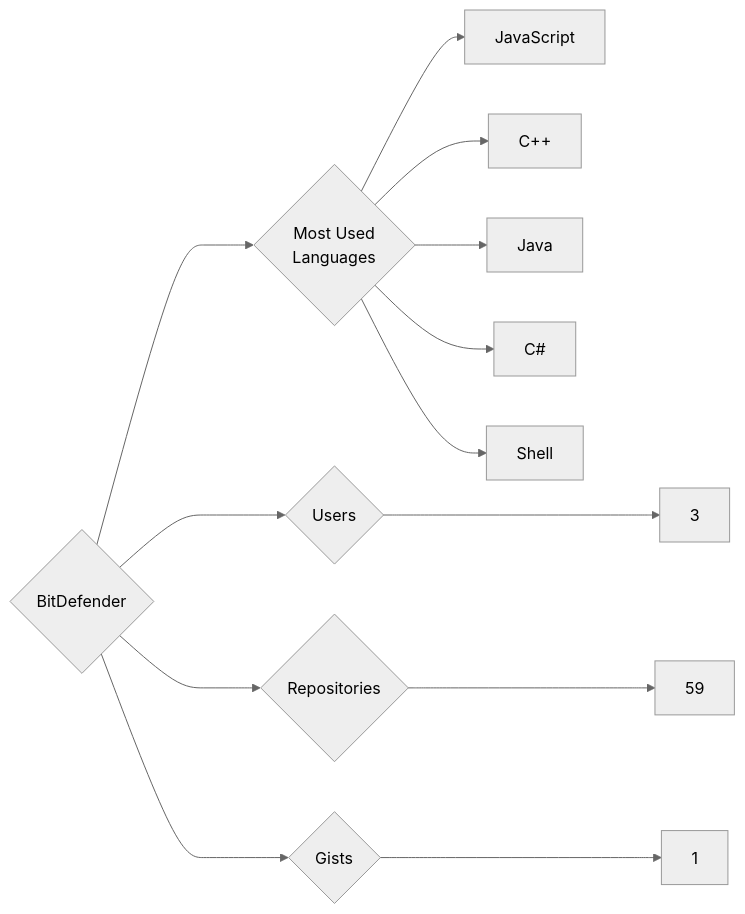
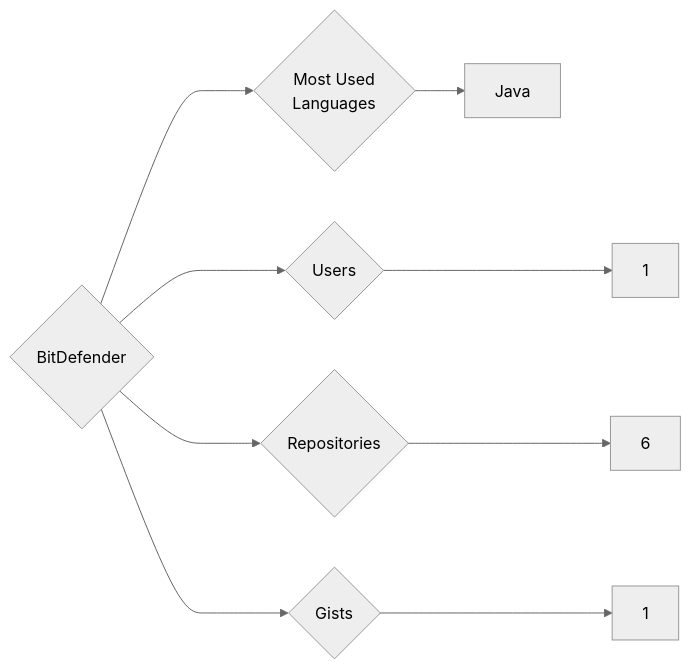
The diagram in targets/BitDefender/README.md (trickest/insiders), drawn with Mermaid (neutral theme) before and after one commit. The commit also changed 997 other files, not shown here.

````diff
--- a/targets/BitDefender/README.md
+++ b/targets/BitDefender/README.md
@@ -3,13 +3,9 @@
 ```mermaid
 graph LR
 COMPANY_NAME{BitDefender}
-COMPANY_NAME ---> U{Users} ---> UN[3]
-COMPANY_NAME ---> R{Repositories} ---> RN[59]
+COMPANY_NAME ---> U{Users} ---> UN[1]
+COMPANY_NAME ---> R{Repositories} ---> RN[6]
 COMPANY_NAME ---> G{Gists} ---> GN[1]
 COMPANY_NAME ---> ML{Most Used<br>Languages}
-ML --> JavaScript[JavaScript]
-ML --> C++[C++]
 ML --> Java[Java]
-ML --> C#[C#]
-ML --> Shell[Shell]
 ```
````
